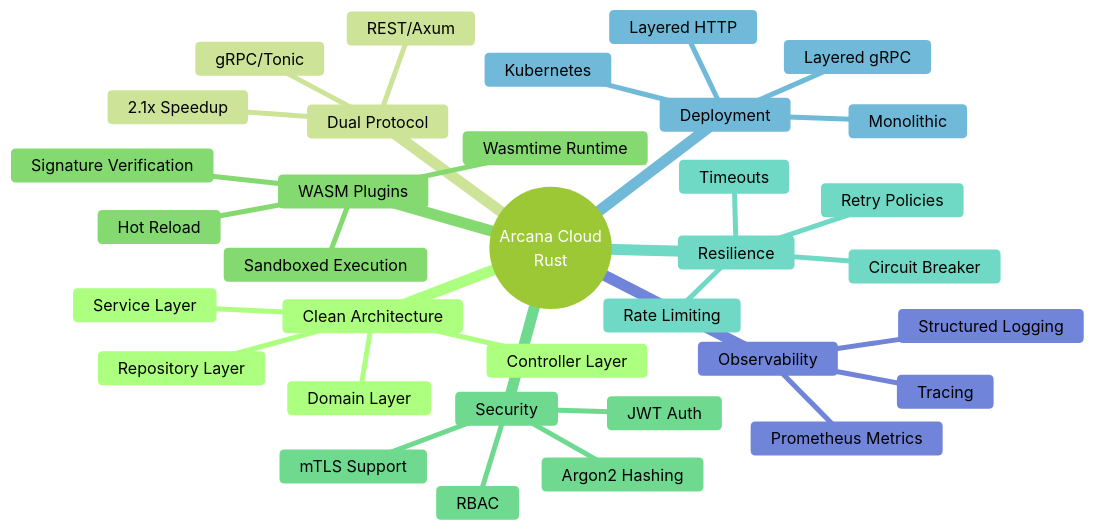
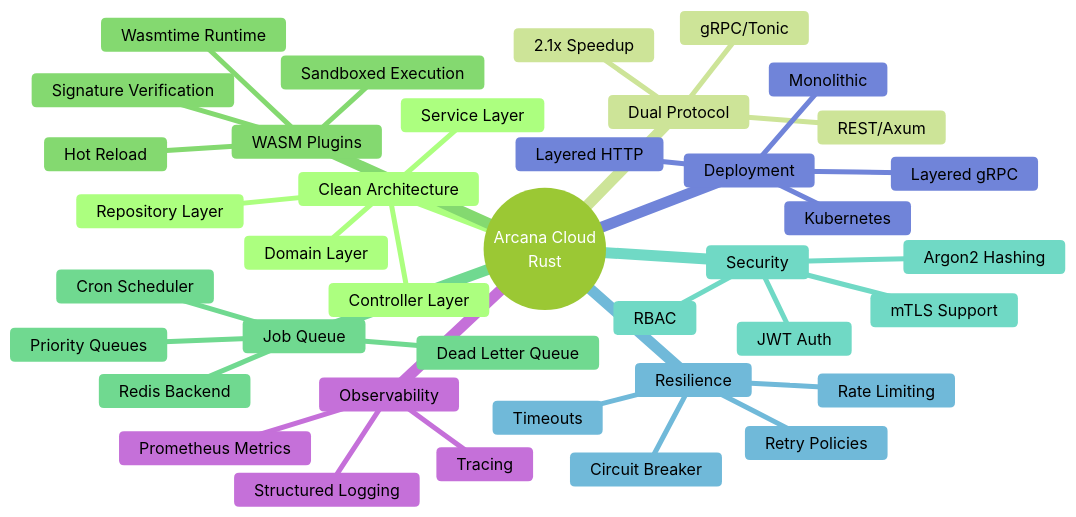
The second of 6 diagrams in README.md (jrjohn/arcana-cloud-rust), drawn with Mermaid (forest theme) before and after one commit. The commit also changed other lines of this file and 106 other files, not shown here.

````diff
--- a/README.md
+++ b/README.md
@@ -108,37 +108,42 @@
 ```mermaid
 mindmap
   root((Arcana Cloud<br/>Rust))
     Clean Architecture
       Domain Layer
       Service Layer
       Repository Layer
       Controller Layer
     Dual Protocol
       REST/Axum
       gRPC/Tonic
       2.1x Speedup
     WASM Plugins
       Wasmtime Runtime
       Sandboxed Execution
       Hot Reload
       Signature Verification
+    Job Queue
+      Redis Backend
+      Priority Queues
+      Cron Scheduler
+      Dead Letter Queue
     Security
       JWT Auth
       Argon2 Hashing
       RBAC
       mTLS Support
     Resilience
       Circuit Breaker
       Retry Policies
       Rate Limiting
       Timeouts
     Deployment
       Monolithic
       Layered HTTP
       Layered gRPC
       Kubernetes
     Observability
       Tracing
       Prometheus Metrics
       Structured Logging
 ```
````
